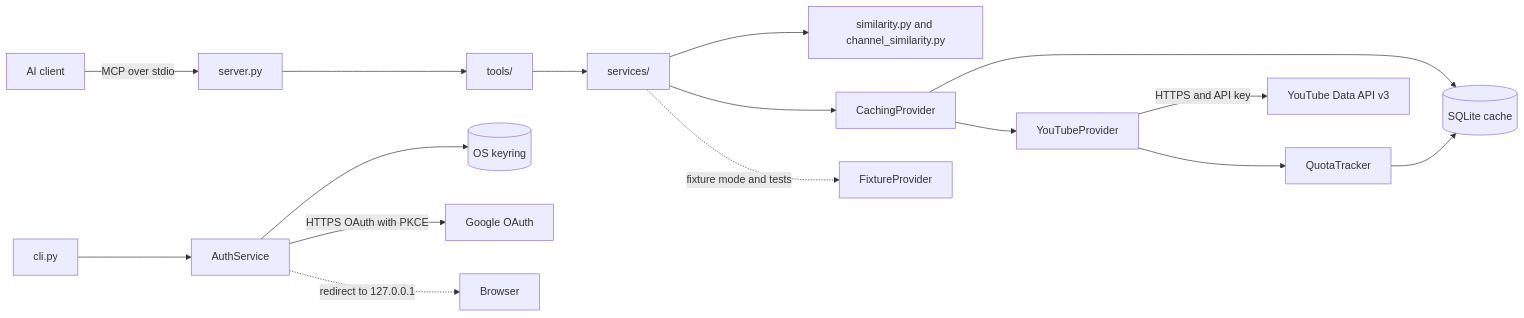
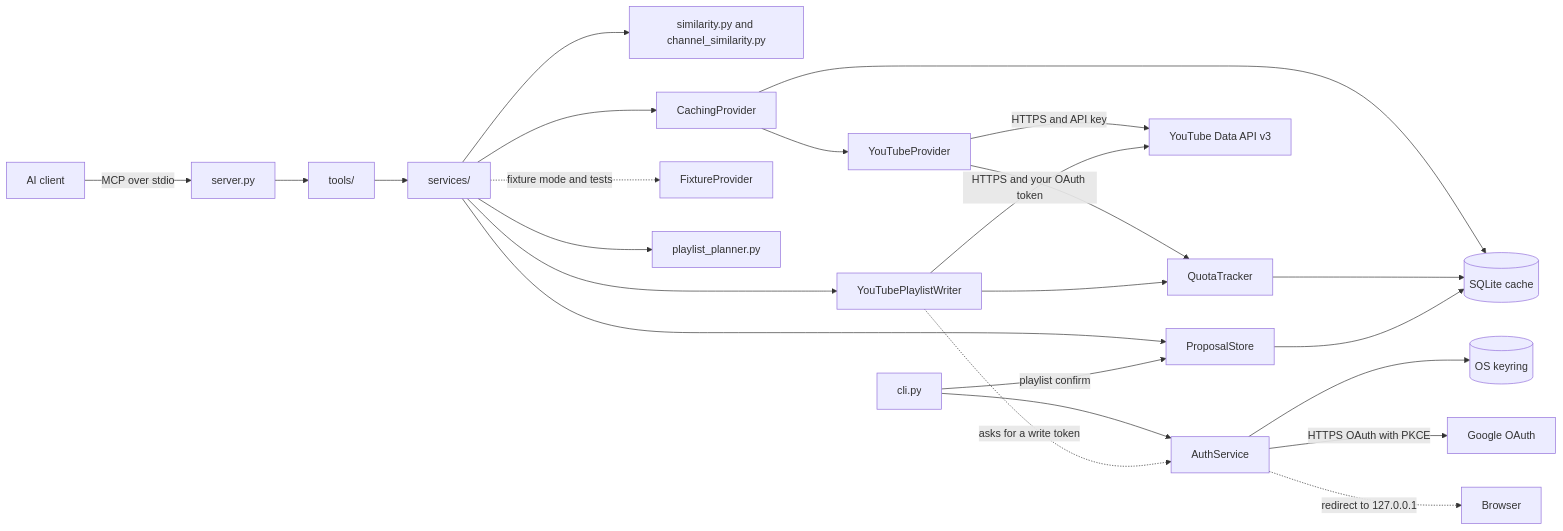
The diagram in docs/Areas/Design Components.md (Chris-ops4573/Youtube_MCP_Server), drawn with Mermaid before and after one commit. The commit also changed other lines of this file and 30 other files, not shown here.

````diff
--- a/docs/Areas/Design Components.md
+++ b/docs/Areas/Design Components.md
@@ -9,18 +9,26 @@
 ```mermaid
 flowchart LR
   Client["AI client"] -->|"MCP over stdio"| Server["server.py"]
   Server --> Tools["tools/"]
   Tools --> Services["services/"]
   Services --> Sim["similarity.py and channel_similarity.py"]
   Services --> Caching["CachingProvider"]
   Services -.->|"fixture mode and tests"| Fixture["FixtureProvider"]
   Caching --> Live["YouTubeProvider"]
   Caching --> DB[("SQLite cache")]
   Live --> Quota["QuotaTracker"]
   Quota --> DB
   Live -->|"HTTPS and API key"| YT["YouTube Data API v3"]
   CLI["cli.py"] --> Auth["AuthService"]
   Auth --> KR[("OS keyring")]
   Auth -->|"HTTPS OAuth with PKCE"| Google["Google OAuth"]
   Auth -.->|"redirect to 127.0.0.1"| Browser["Browser"]
+  Services --> Planner["playlist_planner.py"]
+  Services --> Store["ProposalStore"]
+  Store --> DB
+  Services --> Writer["YouTubePlaylistWriter"]
+  Writer --> Quota
+  Writer -->|"HTTPS and your OAuth token"| YT
+  Writer -.->|"asks for a write token"| Auth
+  CLI -->|"playlist confirm"| Store
 ```
````
